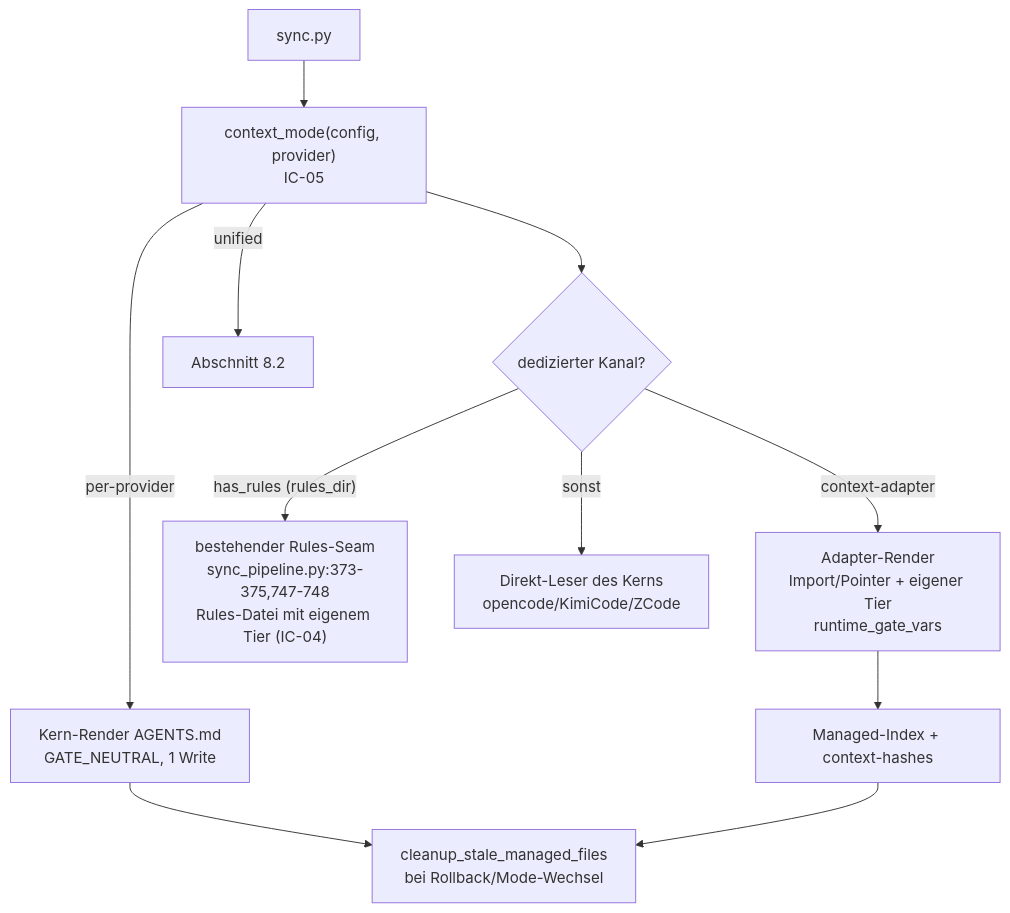
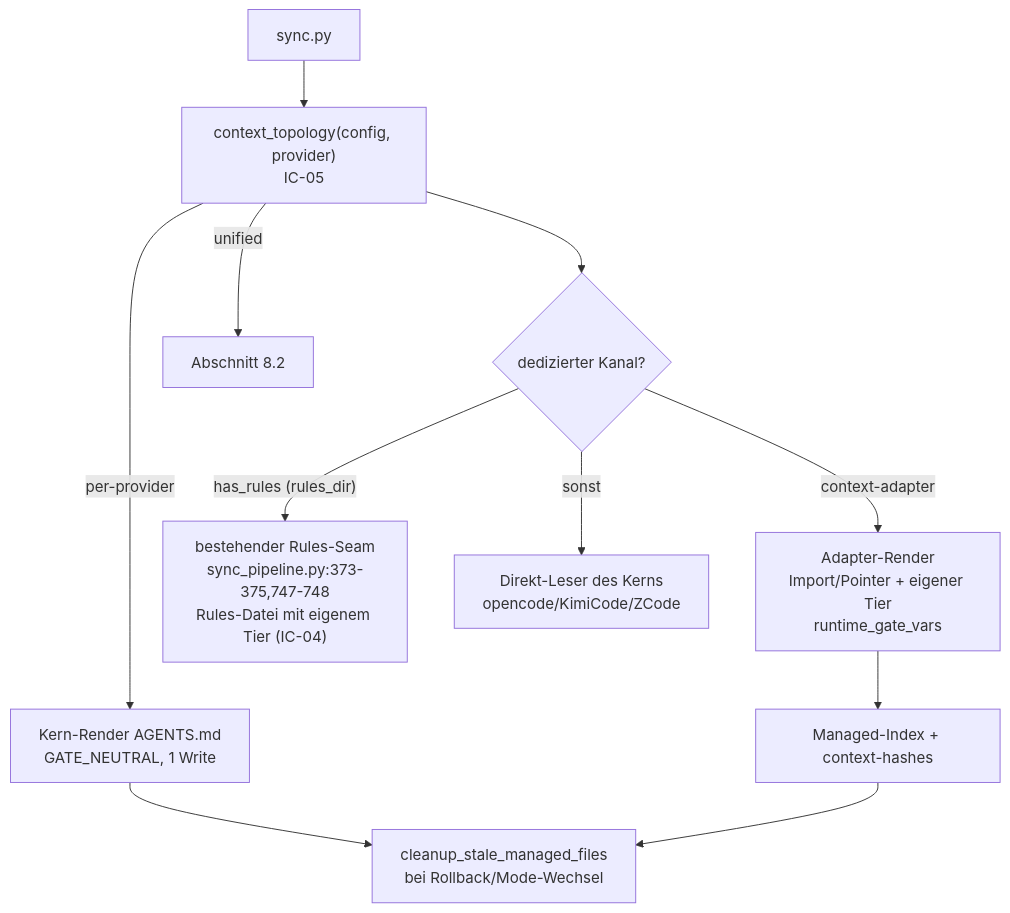
One commit to Popoboxxo/agent-meta changed the second of 2 diagrams in docs/specs/2026-09-13-context-file-modes-system-design.md. Above: the diagram before and after it, drawn with Mermaid. The commit also changed other lines of this file and 1 other file, not shown here.

Commit message:
docs: rename topology switch and approve context-file-modes spec

````diff
--- a/docs/specs/2026-09-13-context-file-modes-system-design.md
+++ b/docs/specs/2026-09-13-context-file-modes-system-design.md
@@ -833,13 +858,13 @@
 ```mermaid
 flowchart TD
-  A["sync.py"] --> B["context_mode(config, provider)<br/>IC-05"]
+  A["sync.py"] --> B["context_topology(config, provider)<br/>IC-05"]
   B -->|per-provider| C["Kern-Render AGENTS.md<br/>GATE_NEUTRAL, 1 Write"]
   B --> D{"dedizierter Kanal?"}
   D -->|"context-adapter"| E["Adapter-Render<br/>Import/Pointer + eigener Tier<br/>runtime_gate_vars"]
   D -->|"has_rules (rules_dir)"| J["bestehender Rules-Seam<br/>sync_pipeline.py:373-375,747-748<br/>Rules-Datei mit eigenem Tier (IC-04)"]
   D -->|"sonst"| F["Direkt-Leser des Kerns<br/>opencode/KimiCode/ZCode"]
   E --> G["Managed-Index + context-hashes"]
   C --> H["cleanup_stale_managed_files<br/>bei Rollback/Mode-Wechsel"]
   G --> H
   B -->|unified| I["Abschnitt 8.2"]
 ```
````
